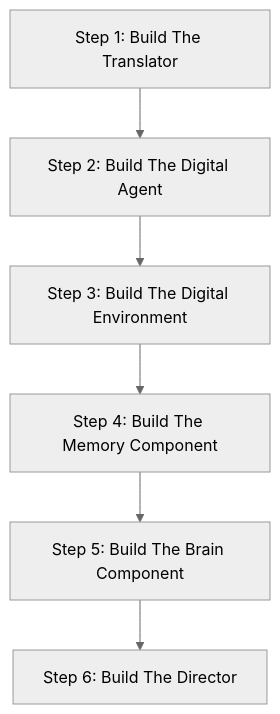
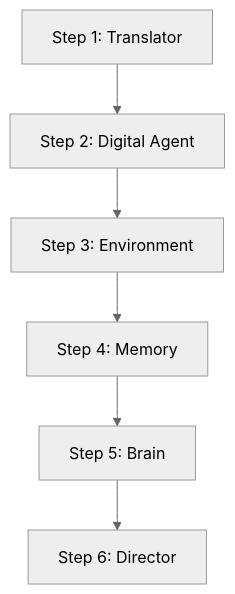
One commit to Param-Harrison/ebook-writer changed the ninth of 16 diagrams in books/ai-simulation.md. Above: the diagram before and after it, drawn with Mermaid (neutral theme). The commit also changed other lines of this file and 35 other files, not shown here.

````diff
--- a/books/ai-simulation.md
+++ b/books/ai-simulation.md
@@ -445,8 +444,8 @@
 ```mermaid
-graph TD
-    A[Step 1: Build The Translator] --> B[Step 2: Build The Digital Agent]
-    B --> C[Step 3: Build The Digital Environment]
-    C --> D[Step 4: Build The Memory Component]
-    D --> E[Step 5: Build The Brain Component]
-    E --> F[Step 6: Build The Director]
+flowchart TD
+    Step1[Step 1: Translator] --> Step2[Step 2: Digital Agent]
+    Step2 --> Step3[Step 3: Environment]
+    Step3 --> Step4[Step 4: Memory]
+    Step4 --> Step5[Step 5: Brain]
+    Step5 --> Step6[Step 6: Director]
 ```
````
